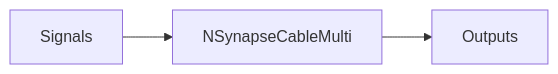
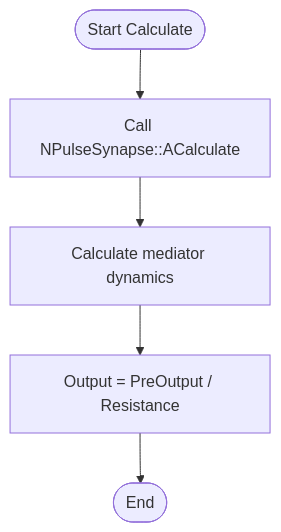
The fifth of 6 diagrams in Docs/Components/NSynapseCableMulti.md (aicommunity/Nmsdk-PulseLib), drawn with Mermaid before and after one commit. The commit also changed other lines of this file and 196 other files, not shown here.

````diff
--- a/Docs/Components/NSynapseCableMulti.md
+++ b/Docs/Components/NSynapseCableMulti.md
@@ -86,5 +141,7 @@
 ```mermaid
-flowchart LR
-    sig[Signals] --> x[NSynapseCableMulti]
-    x --> out[Outputs]
+flowchart TD
+    Start([Start Calculate]) --> CallBase[Call NPulseSynapse::ACalculate]
+    CallBase --> CalcMediator[Calculate mediator dynamics]
+    CalcMediator --> CalcOutput[Output = PreOutput / Resistance]
+    CalcOutput --> End([End])
 ```
````
